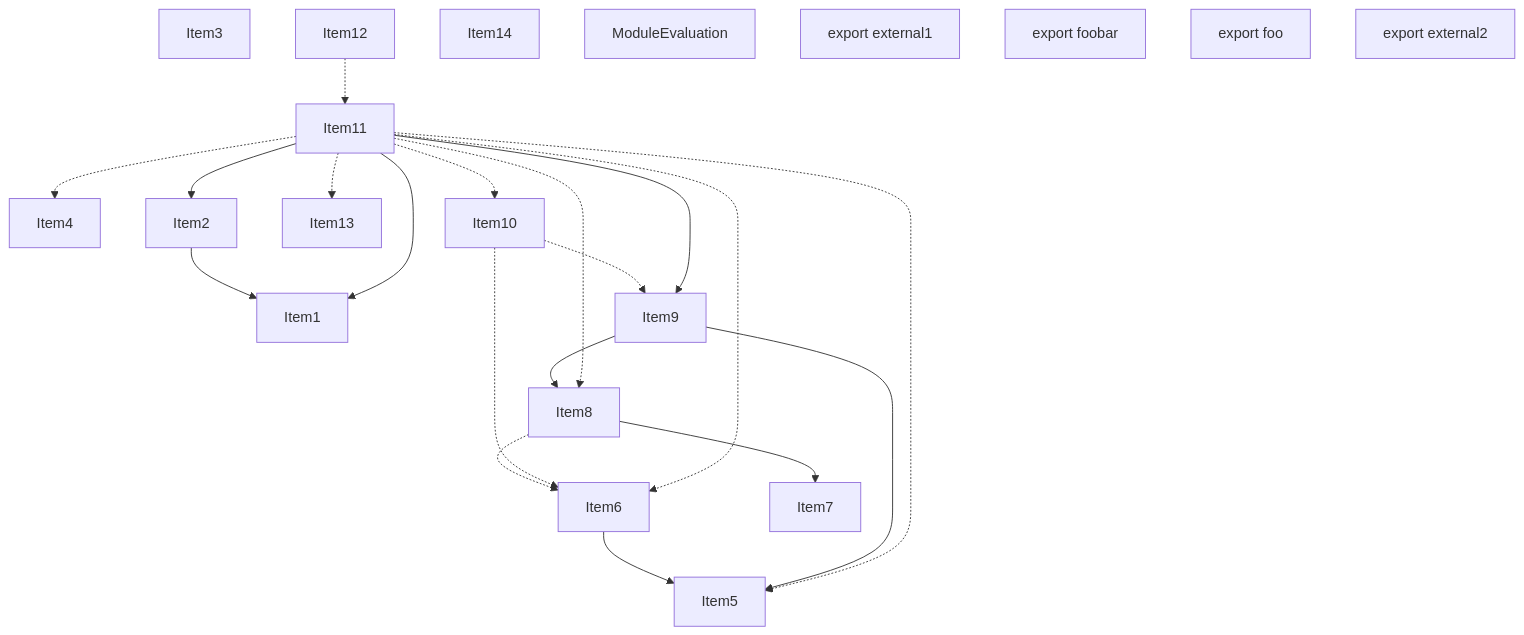
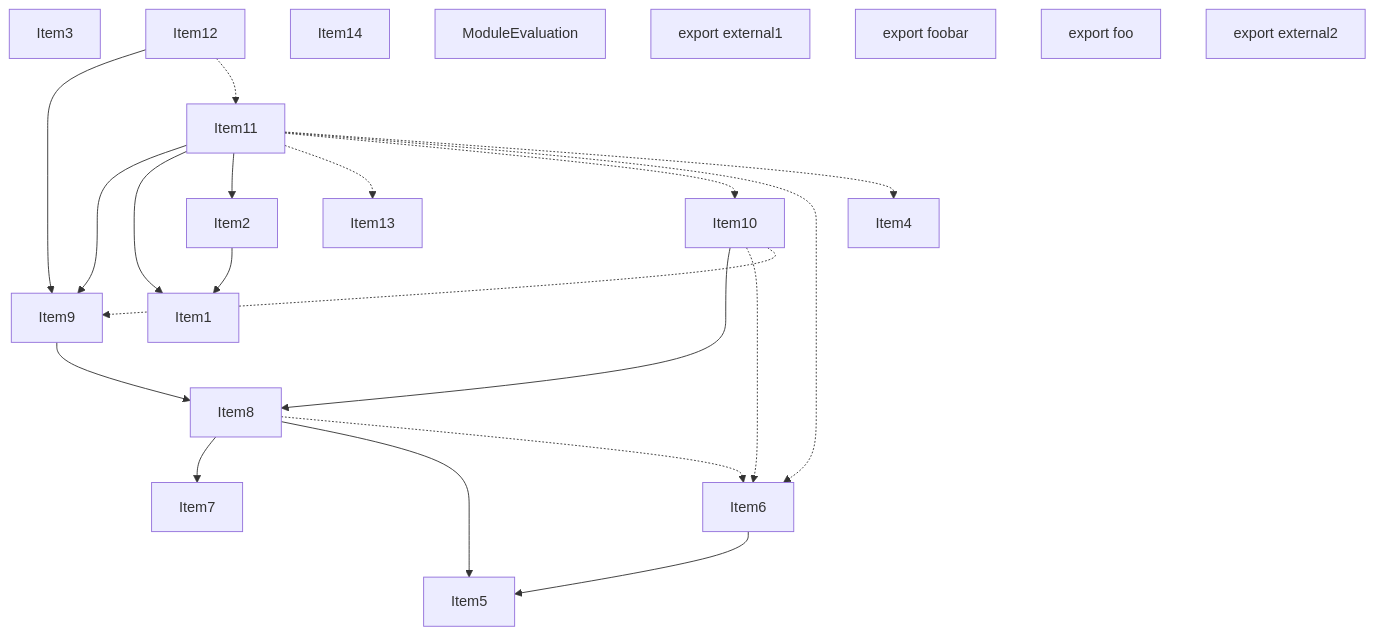
Before and after one commit to vercel/turborepo: the second of 5 diagrams in crates/turbopack-ecmascript/tests/tree-shaker/analyzer/2/output.md, drawn with Mermaid. The commit also changed other lines of this file and 3 other files, not shown here.

````diff
--- a/crates/turbopack-ecmascript/tests/tree-shaker/analyzer/2/output.md
+++ b/crates/turbopack-ecmascript/tests/tree-shaker/analyzer/2/output.md
@@ -187,45 +189,45 @@
 ```mermaid
 graph TD
     Item3;
     Item1;
     Item4;
     Item5;
     Item6;
     Item7;
     Item8;
     Item9;
     Item10;
     Item11;
     Item12;
     Item13;
     Item14;
     Item2;
     Item15;
     Item15["ModuleEvaluation"];
     Item16;
     Item16["export external1"];
     Item17;
     Item17["export foobar"];
     Item18;
     Item18["export foo"];
     Item19;
     Item19["export external2"];
     Item2 --> Item1;
     Item6 --> Item5;
     Item8 --> Item7;
+    Item8 --> Item5;
     Item8 -.-> Item6;
-    Item9 --> Item5;
     Item9 --> Item8;
+    Item10 --> Item8;
     Item10 -.-> Item6;
     Item10 -.-> Item9;
     Item11 --> Item9;
     Item11 --> Item1;
     Item11 --> Item2;
     Item11 -.-> Item13;
-    Item11 -.-> Item5;
-    Item11 -.-> Item8;
     Item11 -.-> Item10;
     Item11 -.-> Item6;
     Item11 -.-> Item4;
+    Item12 --> Item9;
     Item12 -.-> Item11;
 ```
````
